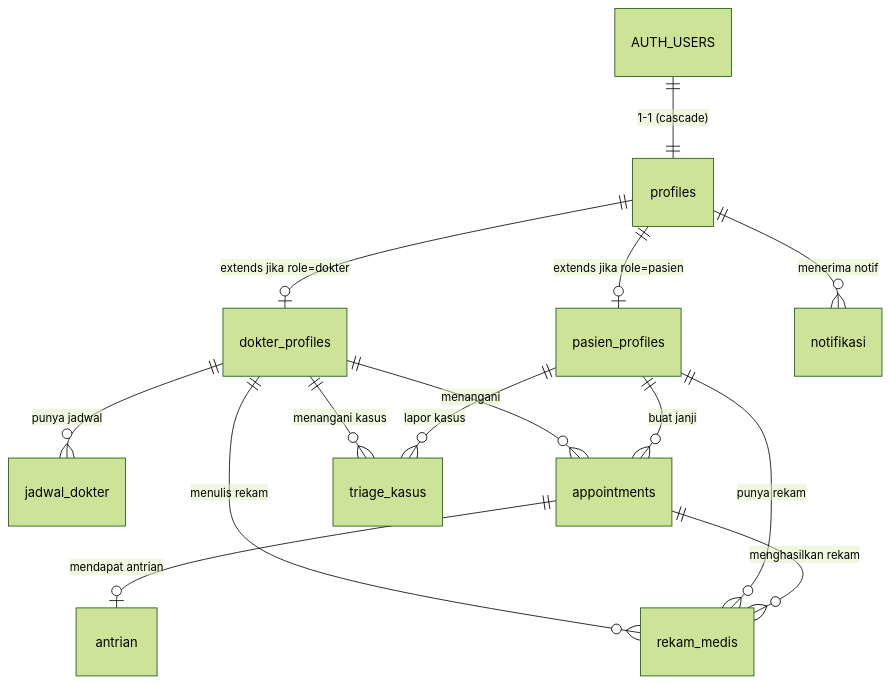
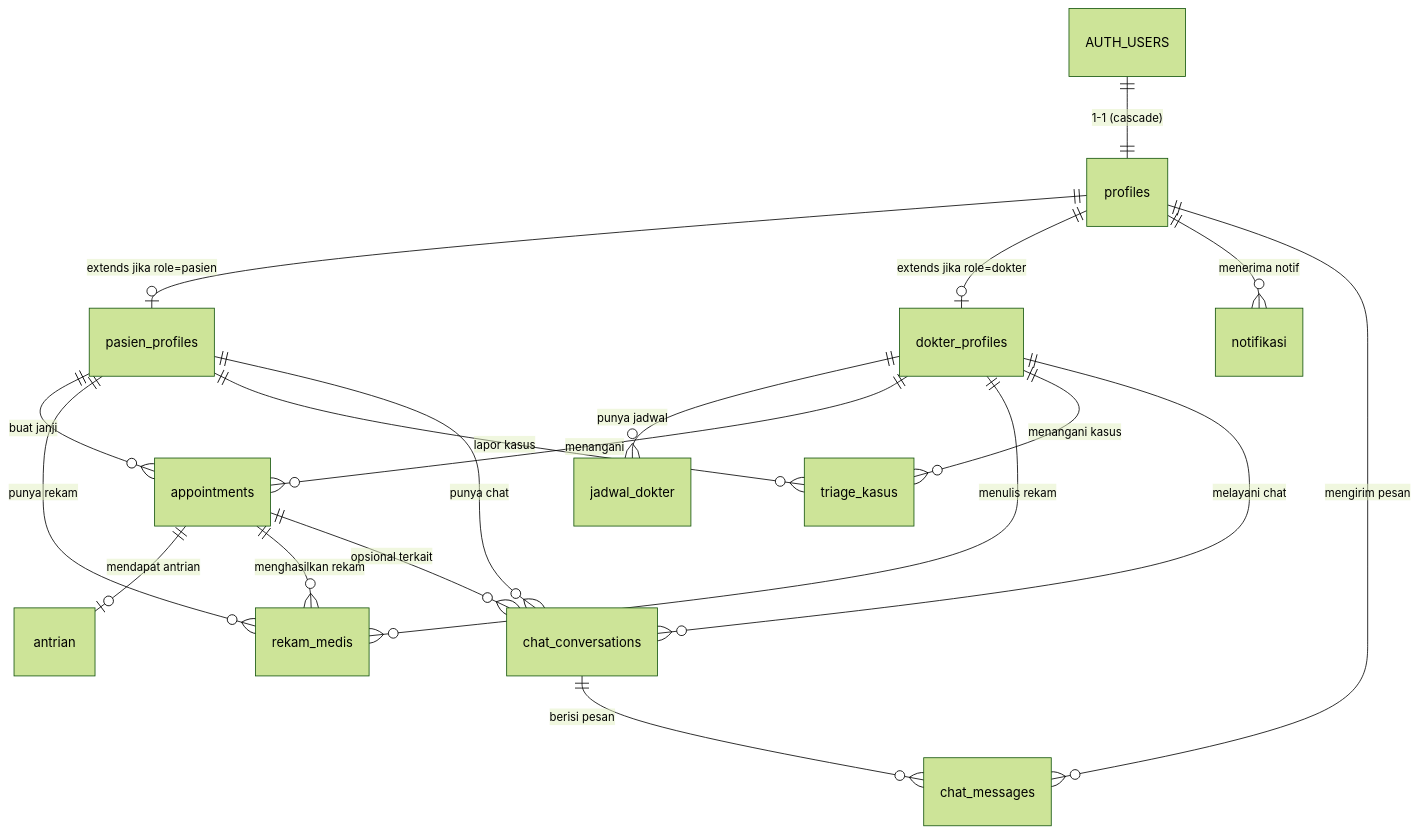
The diagram in supabase/README.md (Diyoncrz18/final-backend-sofeng), drawn with Mermaid (forest theme) before and after one commit. The commit also changed other lines of this file and 6 other files, not shown here.

````diff
--- a/supabase/README.md
+++ b/supabase/README.md
@@ -55,16 +58,21 @@
 ```mermaid
 erDiagram
   AUTH_USERS ||--|| profiles : "1-1 (cascade)"
   profiles ||--o| pasien_profiles : "extends jika role=pasien"
   profiles ||--o| dokter_profiles : "extends jika role=dokter"
   dokter_profiles ||--o{ jadwal_dokter : "punya jadwal"
   pasien_profiles ||--o{ appointments : "buat janji"
   dokter_profiles ||--o{ appointments : "menangani"
   appointments ||--o| antrian : "mendapat antrian"
   appointments ||--o{ rekam_medis : "menghasilkan rekam"
   pasien_profiles ||--o{ rekam_medis : "punya rekam"
   dokter_profiles ||--o{ rekam_medis : "menulis rekam"
   pasien_profiles ||--o{ triage_kasus : "lapor kasus"
   dokter_profiles ||--o{ triage_kasus : "menangani kasus"
   profiles ||--o{ notifikasi : "menerima notif"
+  pasien_profiles ||--o{ chat_conversations : "punya chat"
+  dokter_profiles ||--o{ chat_conversations : "melayani chat"
+  appointments ||--o{ chat_conversations : "opsional terkait"
+  chat_conversations ||--o{ chat_messages : "berisi pesan"
+  profiles ||--o{ chat_messages : "mengirim pesan"
 ```
````
